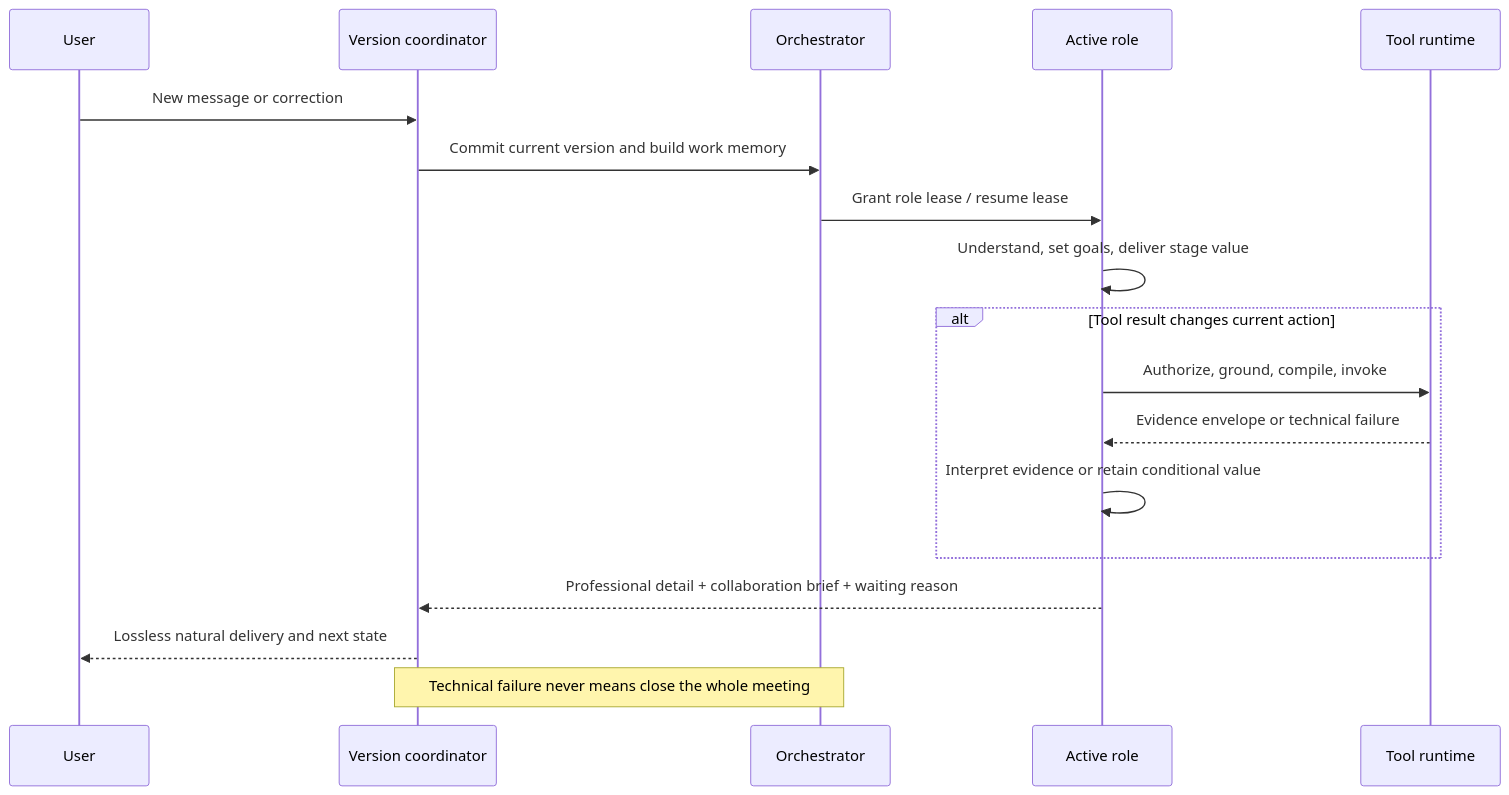
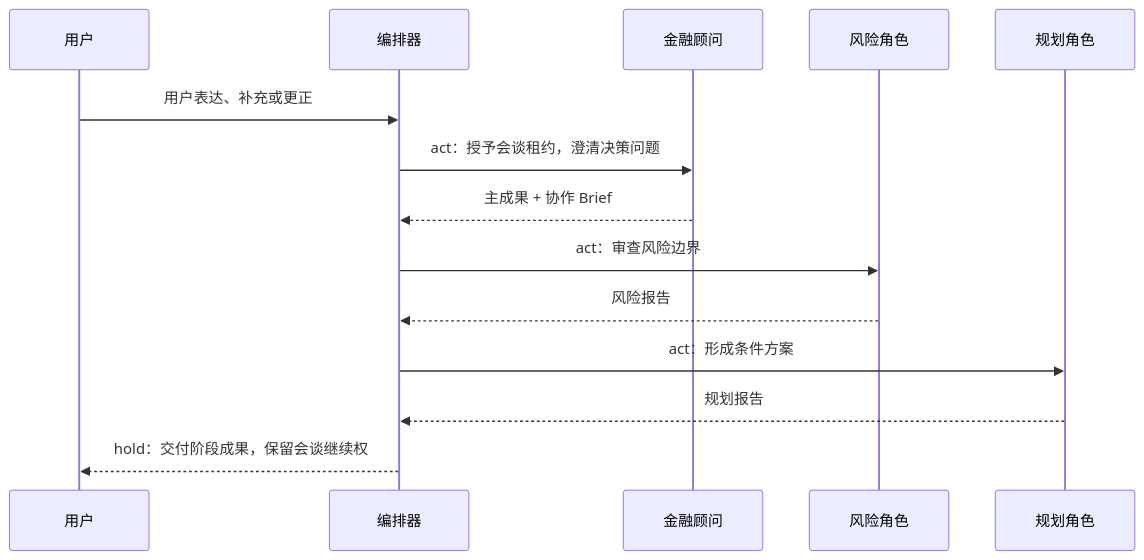
The diagram in diagrams/meeting_flow.mmd (WXYNB66/-Autonomous-Domain-Agents), drawn with Mermaid before and after one commit. The commit also changed 13 other files, not shown here.

```diff
--- a/diagrams/meeting_flow.mmd
+++ b/diagrams/meeting_flow.mmd
@@ -1,19 +1,14 @@
 sequenceDiagram
-    participant U as User
-    participant V as Version coordinator
-    participant O as Orchestrator
-    participant R as Active role
-    participant T as Tool runtime
-
-    U->>V: New message or correction
-    V->>O: Commit current version and build work memory
-    O->>R: Grant role lease / resume lease
-    R->>R: Understand, set goals, deliver stage value
-    alt Tool result changes current action
-        R->>T: Authorize, ground, compile, invoke
-        T-->>R: Evidence envelope or technical failure
-        R->>R: Interpret evidence or retain conditional value
-    end
-    R-->>V: Professional detail + collaboration brief + waiting reason
-    V-->>U: Lossless natural delivery and next state
-    Note over V,O: Technical failure never means close the whole meeting
+    participant U as 用户
+    participant O as 编排器
+    participant D as 金融顾问
+    participant R as 风险角色
+    participant P as 规划角色
+    U->>O: 用户表达、补充或更正
+    O->>D: act：授予会谈租约，澄清决策问题
+    D-->>O: 主成果 + 协作 Brief
+    O->>R: act：审查风险边界
+    R-->>O: 风险报告
+    O->>P: act：形成条件方案
+    P-->>O: 规划报告
+    O-->>U: hold：交付阶段成果，保留会谈继续权
```
